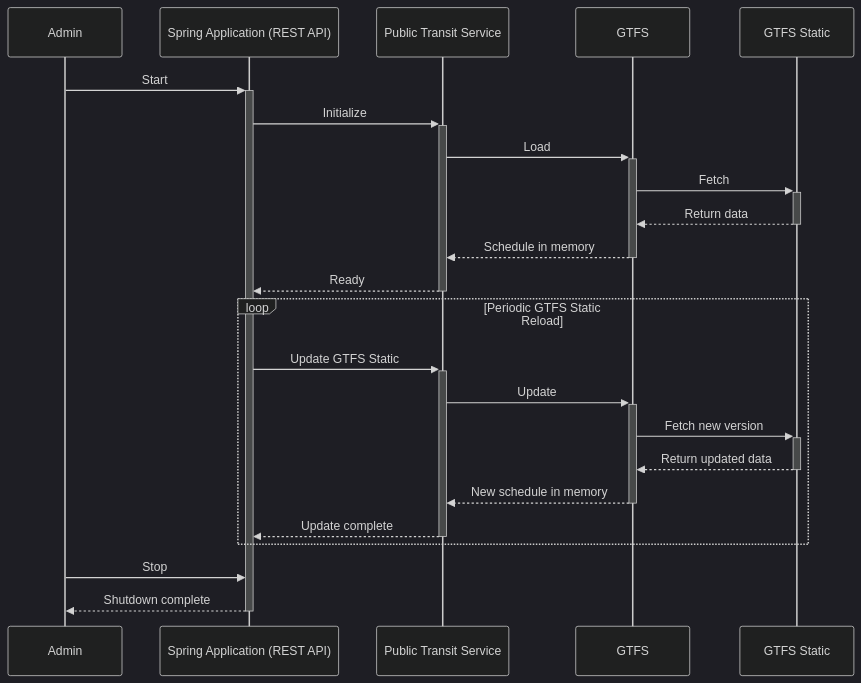
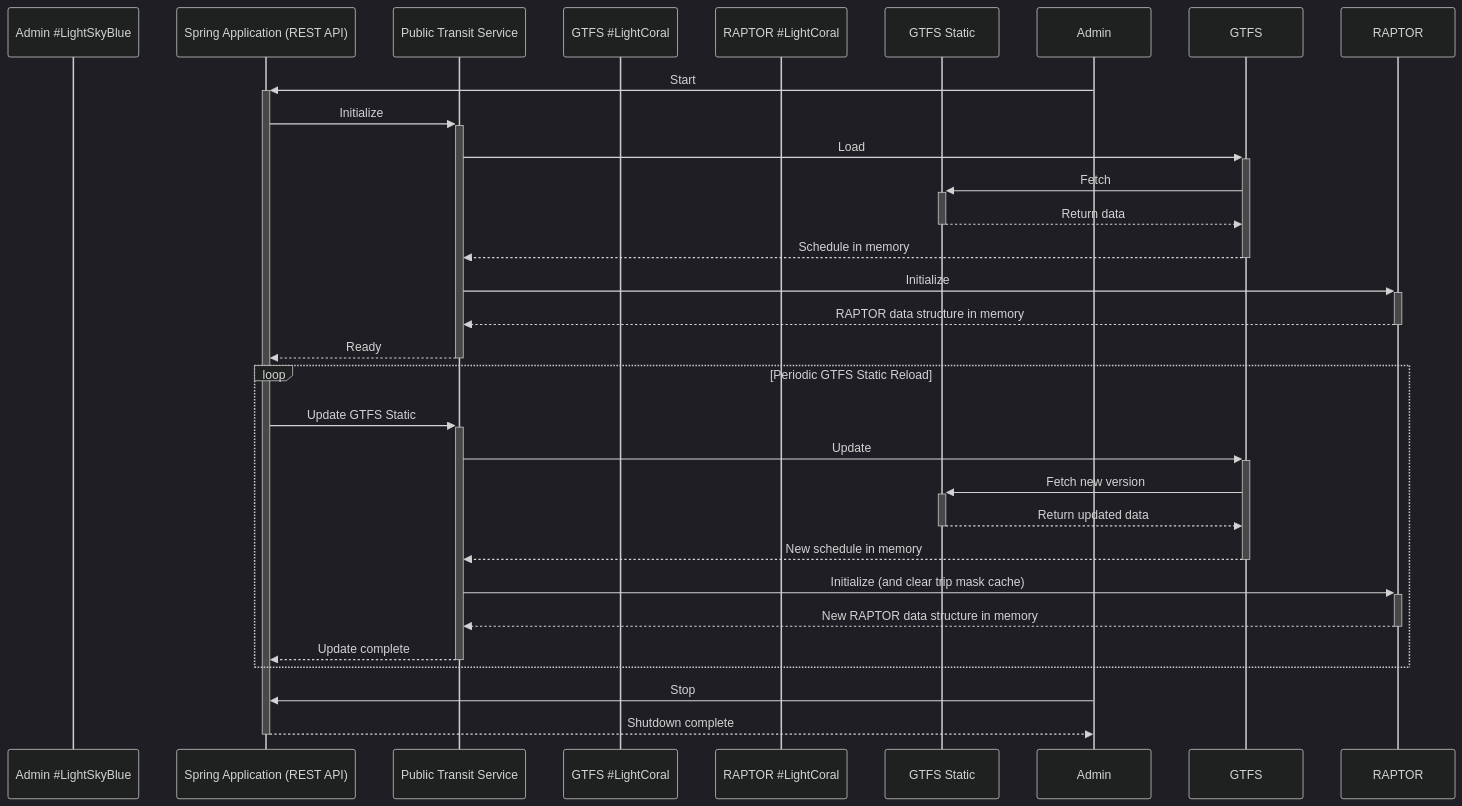
Before and after one commit to naviqore/documentation: the first of 2 diagrams in Writerside/topics/sequence-diagram.md, drawn with Mermaid (dark theme).

Commit message:
DOC: NAV-171 - Add Raptor to sequence diagram

````diff
--- a/Writerside/topics/sequence-diagram.md
+++ b/Writerside/topics/sequence-diagram.md
@@ -11,29 +11,36 @@
 ```mermaid
 sequenceDiagram
-    participant Admin
+    participant Admin #LightSkyBlue
     participant SpringApp as Spring Application (REST API)
     participant Service as Public Transit Service
-    participant GTFS
+    participant GTFS #LightCoral
+    participant RAPTOR #LightCoral
     participant Schedule as GTFS Static
 
     Admin ->>+ SpringApp: Start
     SpringApp ->>+ Service: Initialize
     Service ->>+ GTFS: Load
     GTFS ->>+ Schedule: Fetch
     Schedule -->>- GTFS: Return data
     GTFS -->>- Service: Schedule in memory
+    
+    Service ->>+ RAPTOR: Initialize
+    RAPTOR -->>- Service: RAPTOR data structure in memory
+
     Service -->>- SpringApp: Ready
 
     loop Periodic GTFS Static Reload
         SpringApp ->>+ Service: Update GTFS Static
         Service ->>+ GTFS: Update
         GTFS ->>+ Schedule: Fetch new version
         Schedule -->>- GTFS: Return updated data
         GTFS -->>- Service: New schedule in memory
+        Service ->>+ RAPTOR: Initialize (and clear trip mask cache)
+        RAPTOR -->>- Service: New RAPTOR data structure in memory
         Service -->>- SpringApp: Update complete
     end
    
      Admin ->> SpringApp: Stop
      SpringApp -->>- Admin: Shutdown complete
 
 ```
````
